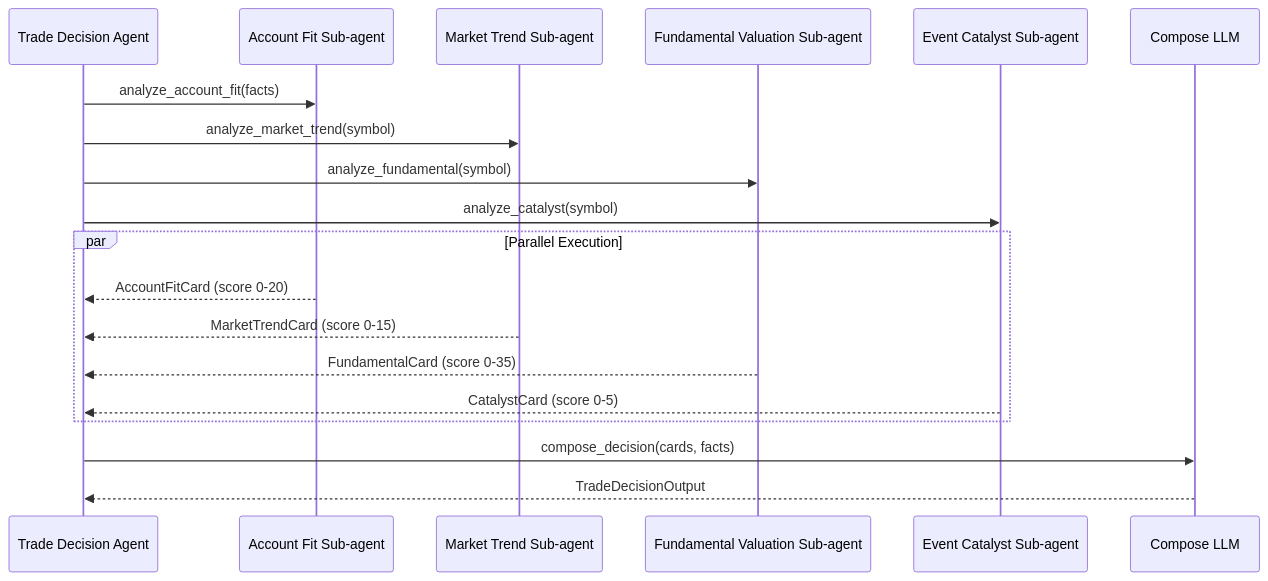
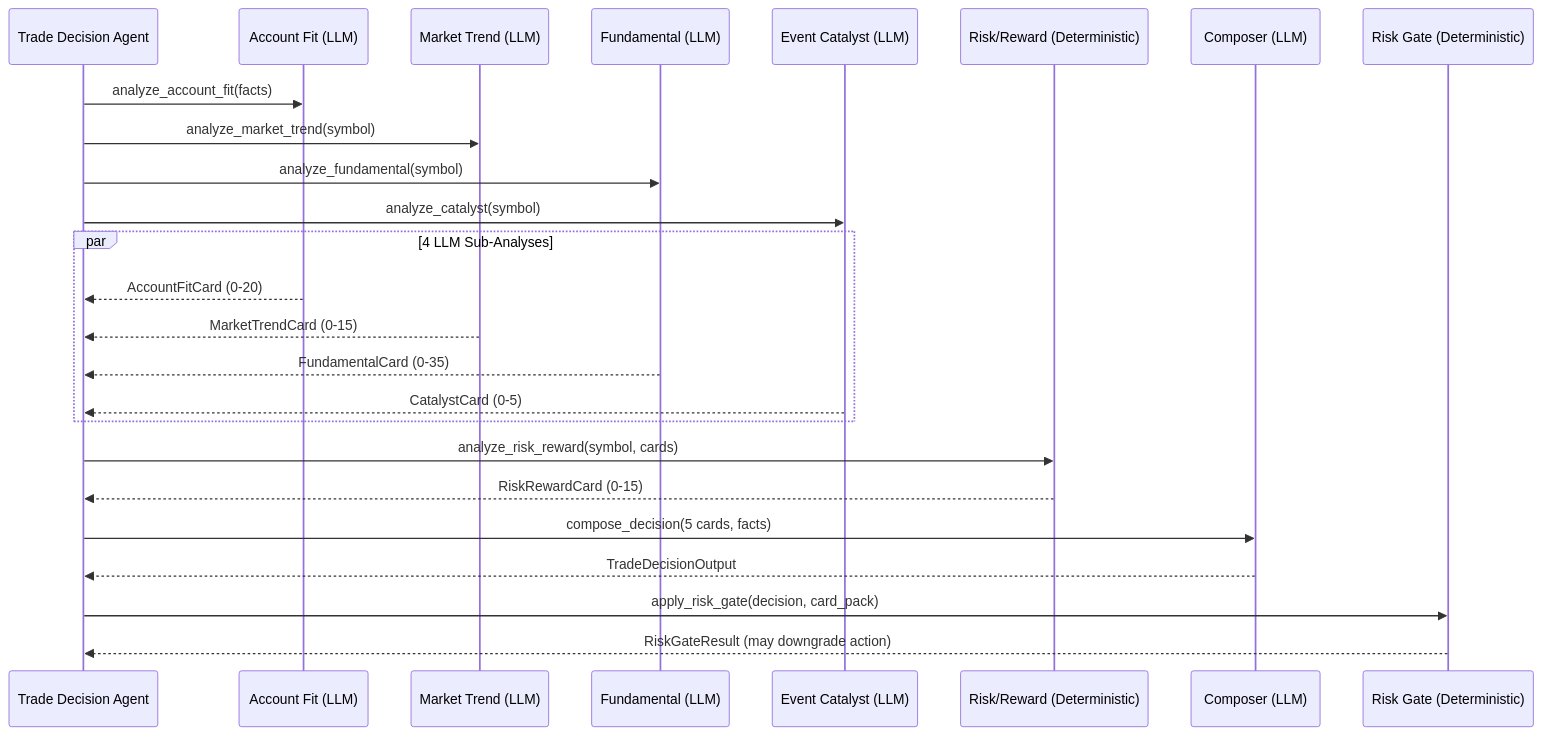
One commit to XUranus/ibkr-dash changed the second of 2 diagrams in docs/docs/agents/trade-decision.md. Above: the diagram before and after it, drawn with Mermaid. The commit also changed other lines of this file and 5 other files, not shown here.

First line of the commit message:
docs: update README and docs for deterministic engines, risk gate, and new services

````diff
--- a/docs/docs/agents/trade-decision.md
+++ b/docs/docs/agents/trade-decision.md
@@ -62,24 +39,32 @@
 ```mermaid
 sequenceDiagram
     participant Agent as Trade Decision Agent
-    participant AF as Account Fit Sub-agent
-    participant MT as Market Trend Sub-agent
-    participant FV as Fundamental Valuation Sub-agent
-    participant EC as Event Catalyst Sub-agent
-    participant Compose as Compose LLM
+    participant AF as Account Fit (LLM)
+    participant MT as Market Trend (LLM)
+    participant FV as Fundamental (LLM)
+    participant EC as Event Catalyst (LLM)
+    participant RR as Risk/Reward (Deterministic)
+    participant Compose as Composer (LLM)
+    participant Gate as Risk Gate (Deterministic)
 
     Agent->>AF: analyze_account_fit(facts)
     Agent->>MT: analyze_market_trend(symbol)
     Agent->>FV: analyze_fundamental(symbol)
     Agent->>EC: analyze_catalyst(symbol)
 
-    par Parallel Execution
-        AF-->>Agent: AccountFitCard (score 0-20)
-        MT-->>Agent: MarketTrendCard (score 0-15)
-        FV-->>Agent: FundamentalCard (score 0-35)
-        EC-->>Agent: CatalystCard (score 0-5)
+    par 4 LLM Sub-Analyses
+        AF-->>Agent: AccountFitCard (0-20)
+        MT-->>Agent: MarketTrendCard (0-15)
+        FV-->>Agent: FundamentalCard (0-35)
+        EC-->>Agent: CatalystCard (0-5)
     end
 
-    Agent->>Compose: compose_decision(cards, facts)
+    Agent->>RR: analyze_risk_reward(symbol, cards)
+    RR-->>Agent: RiskRewardCard (0-15)
+
+    Agent->>Compose: compose_decision(5 cards, facts)
     Compose-->>Agent: TradeDecisionOutput
+
+    Agent->>Gate: apply_risk_gate(decision, card_pack)
+    Gate-->>Agent: RiskGateResult (may downgrade action)
 ```
````
